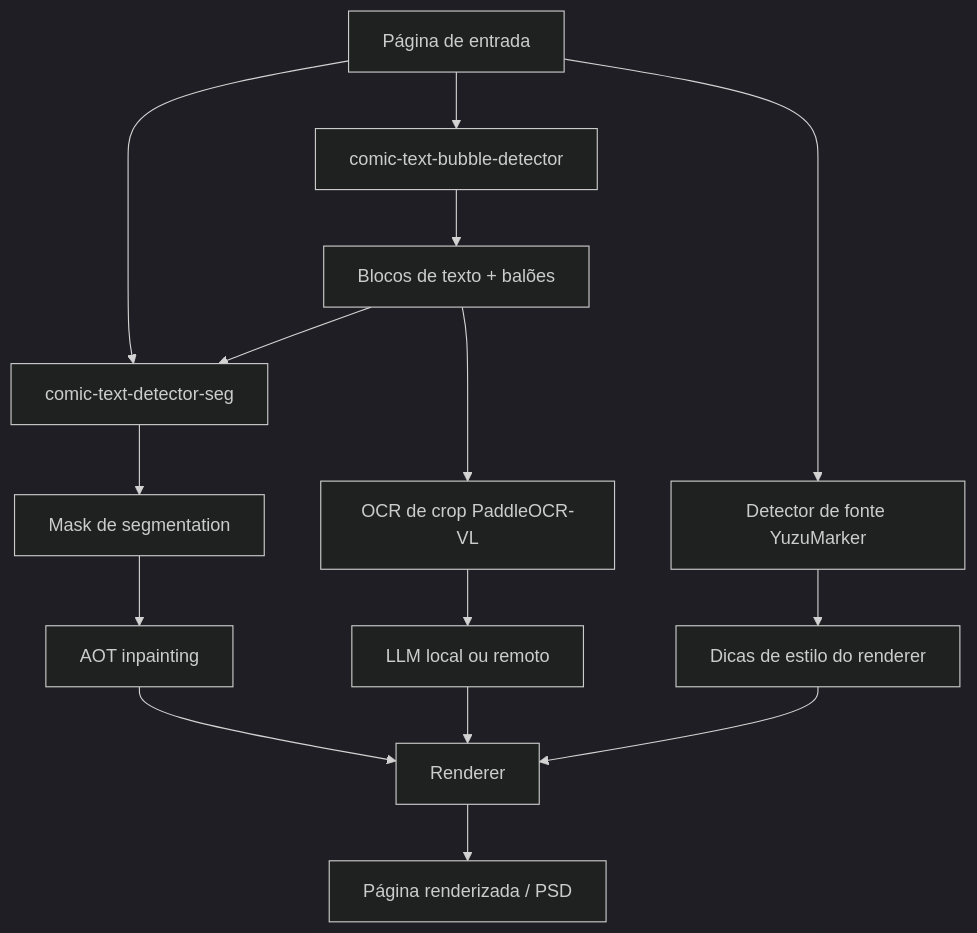
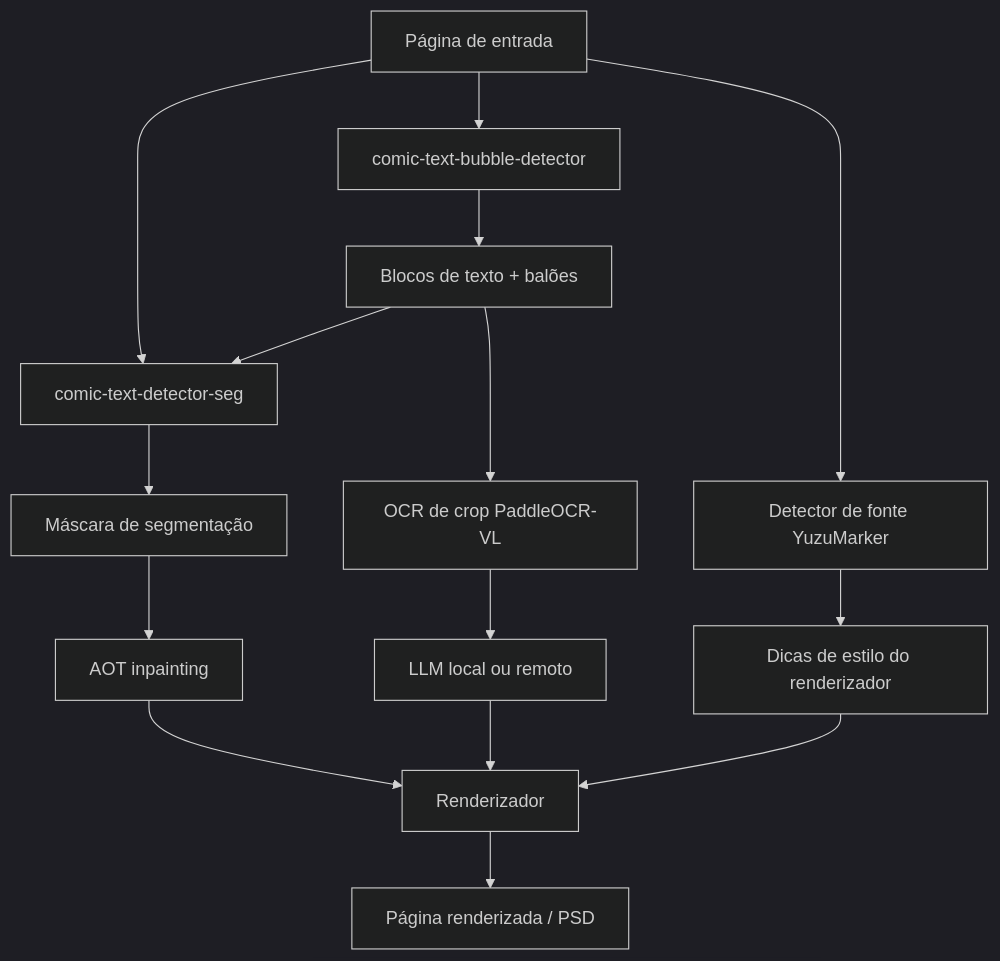
One commit to lekoOwO/koharu changed the first of 2 diagrams in docs/pt-BR/explanation/technical-deep-dive.md. Above: the diagram before and after it, drawn with Mermaid (dark theme). The commit also changed other lines of this file and 5 other files, not shown here.

````diff
--- a/docs/pt-BR/explanation/technical-deep-dive.md
+++ b/docs/pt-BR/explanation/technical-deep-dive.md
@@ -11,17 +11,17 @@
 ```mermaid
 flowchart TD
     A[Página de entrada] --> B[comic-text-bubble-detector]
     A --> C[comic-text-detector-seg]
     B --> D[Blocos de texto + balões]
-    C --> E[Mask de segmentation]
+    C --> E[Máscara de segmentação]
     A --> F[Detector de fonte YuzuMarker]
     D --> C
     D --> G[OCR de crop PaddleOCR-VL]
     E --> H[AOT inpainting]
     G --> I[LLM local ou remoto]
-    F --> J[Dicas de estilo do renderer]
-    H --> K[Renderer]
+    F --> J[Dicas de estilo do renderizador]
+    H --> K[Renderizador]
     I --> K
     J --> K
     K --> L[Página renderizada / PSD]
 ```
````
